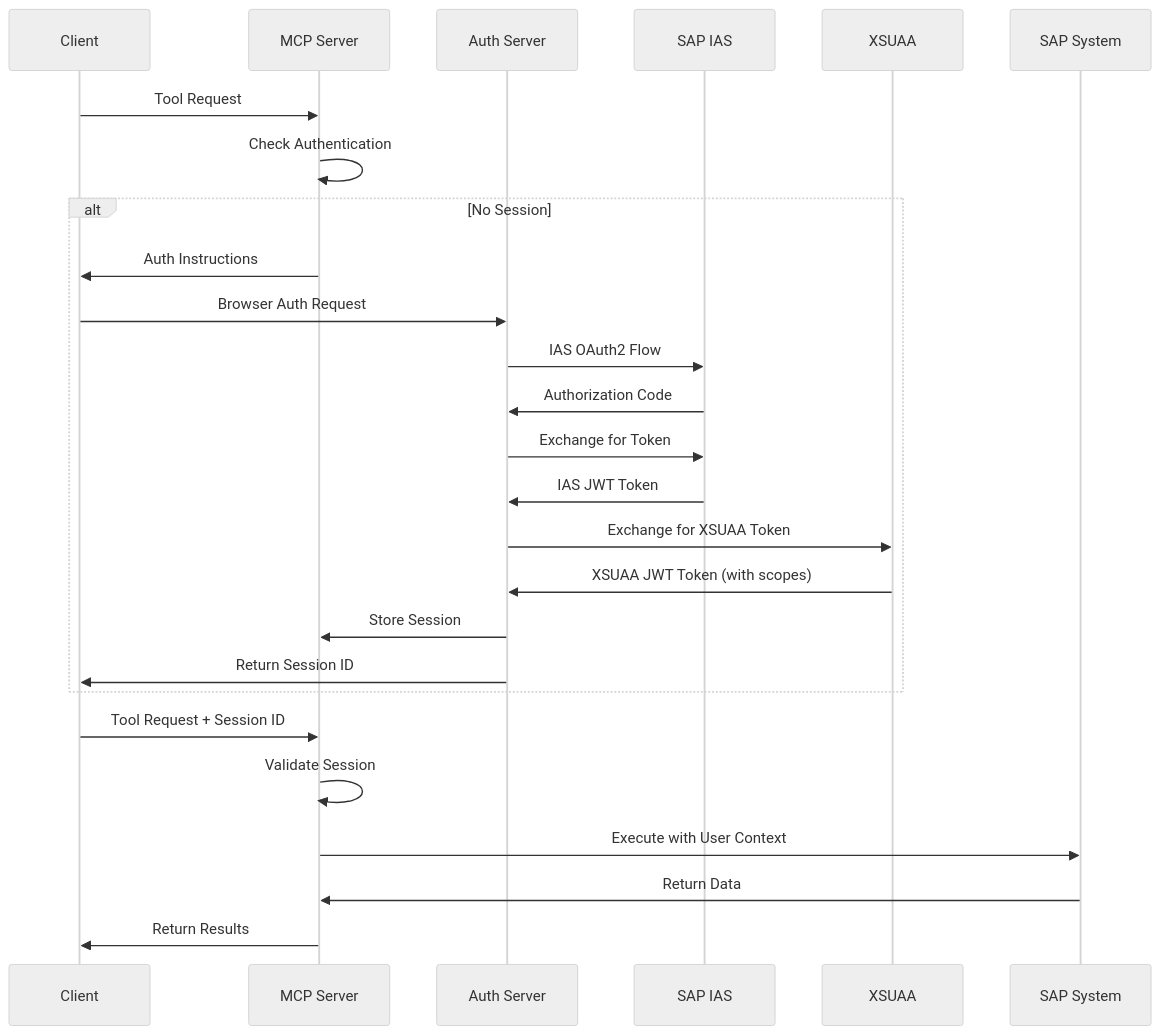
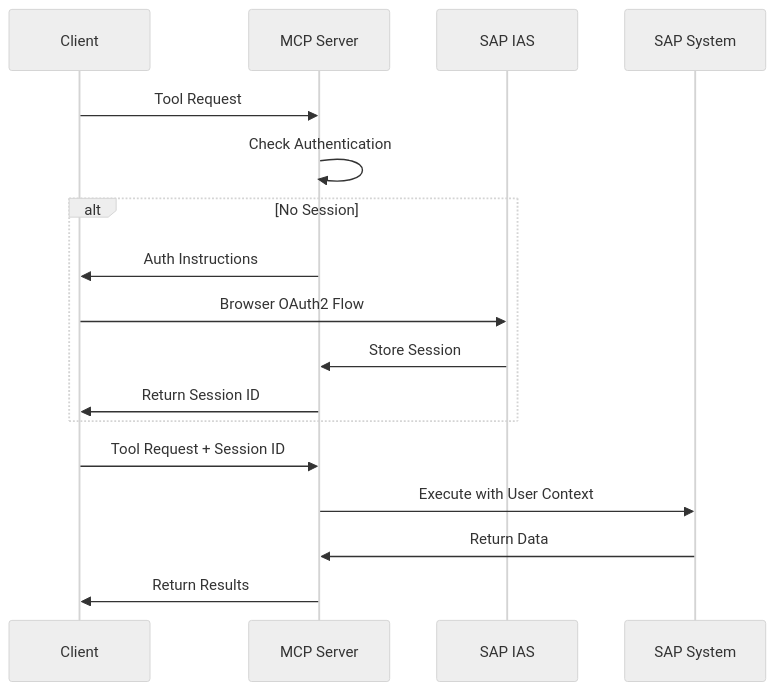
One commit to Raistlin82/btp-sap-odata-to-mcp-server-optimized changed the second of 5 diagrams in docs/ARCHITECTURE.md. Above: the diagram before and after it, drawn with Mermaid (neutral theme). The commit also changed other lines of this file and 10 other files, not shown here.

````diff
--- a/docs/ARCHITECTURE.md
+++ b/docs/ARCHITECTURE.md
@@ -237,29 +78,20 @@
 ```mermaid
 sequenceDiagram
     participant C as Client
     participant M as MCP Server
-    participant A as Auth Server
     participant I as SAP IAS
-    participant X as XSUAA
     participant S as SAP System
     
     C->>M: Tool Request
     M->>M: Check Authentication
     alt No Session
         M->>C: Auth Instructions
-        C->>A: Browser Auth Request
-        A->>I: IAS OAuth2 Flow
-        I->>A: Authorization Code
-        A->>I: Exchange for Token
-        I->>A: IAS JWT Token
-        A->>X: Exchange for XSUAA Token
-        X->>A: XSUAA JWT Token (with scopes)
-        A->>M: Store Session
-        A->>C: Return Session ID
+        C->>I: Browser OAuth2 Flow
+        I->>M: Store Session
+        M->>C: Return Session ID
     end
     C->>M: Tool Request + Session ID
-    M->>M: Validate Session
     M->>S: Execute with User Context
     S->>M: Return Data
     M->>C: Return Results
 ```
````
